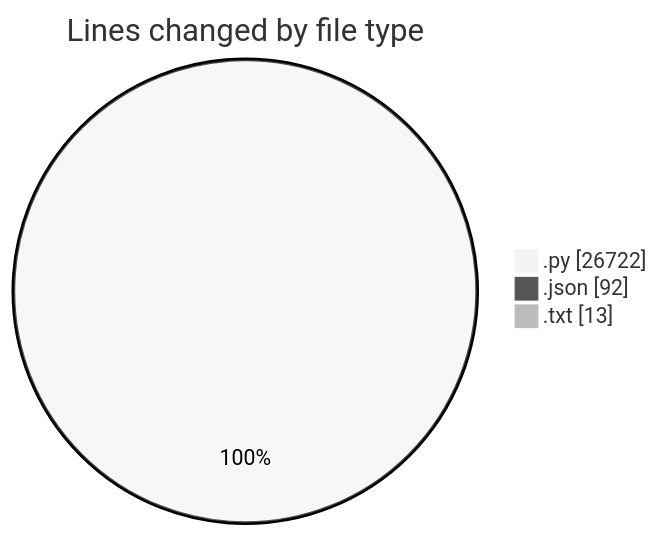
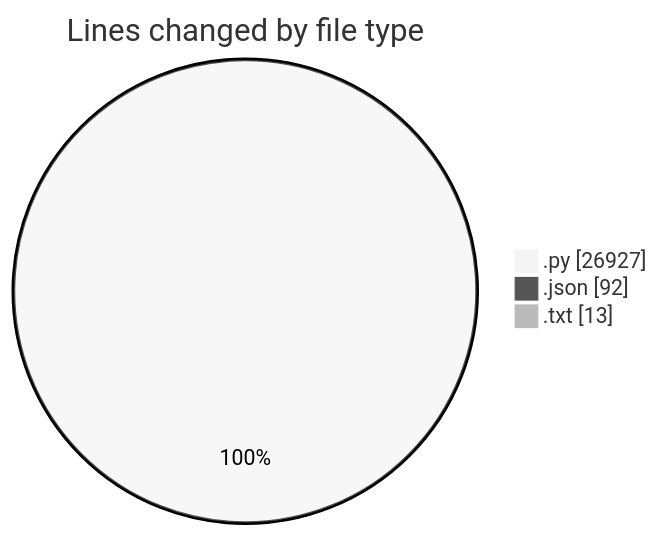
Before and after one commit to jrari/code-tracking: the first of 2 diagrams in 2025-07-13/telebot/README.md, drawn with Mermaid (neutral theme). The commit also changed other lines of this file and 1 other file, not shown here.

````diff
--- a/2025-07-13/telebot/README.md
+++ b/2025-07-13/telebot/README.md
@@ -64,7 +65,7 @@
 ```mermaid
 pie showData
 title Lines changed by file type
-".py" : 26722
+".py" : 26927
 ".json" : 92
 ".txt" : 13
 ```
````
